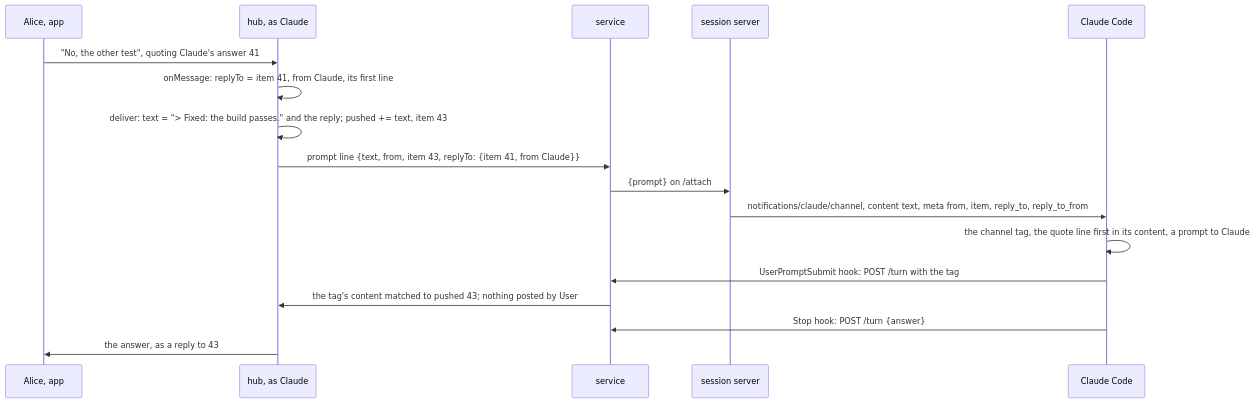
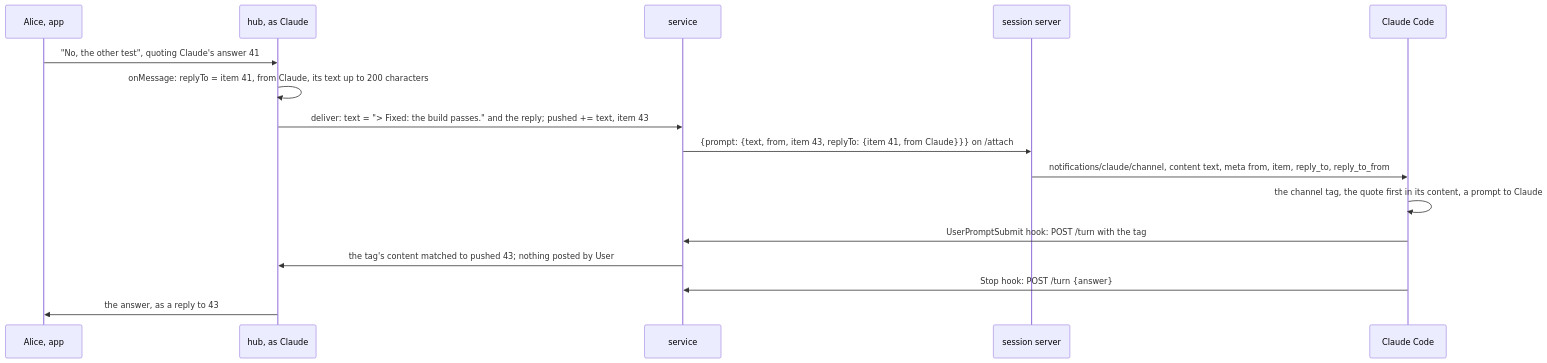
Before and after one commit to simplex-chat/simplex-chat: the first of 2 diagrams in plans/2026-11-12-mcp-replies.md, drawn with Mermaid. The commit also changed other lines of this file, not shown here.

Commit message:
plan: mcp-replies, quote of 200 characters, ellipsis when cut

````diff
--- a/plans/2026-11-12-mcp-replies.md
+++ b/plans/2026-11-12-mcp-replies.md
@@ -103,19 +116,18 @@
 ```mermaid
 sequenceDiagram
   participant A as Alice, app
   participant H as hub, as Claude
   participant D as service
   participant S as session server
   participant C as Claude Code
   A->>H: "No, the other test", quoting Claude's answer 41
-  H->>H: onMessage: replyTo = item 41, from Claude, its first line
-  H->>H: deliver: text = "> Fixed: the build passes." and the reply#59; pushed += text, item 43
-  H->>D: prompt line {text, from, item 43, replyTo: {item 41, from Claude}}
-  D->>S: {prompt} on /attach
+  H->>H: onMessage: replyTo = item 41, from Claude, its text up to 200 characters
+  H->>D: deliver: text = "> Fixed: the build passes." and the reply#59; pushed += text, item 43
+  D->>S: {prompt: {text, from, item 43, replyTo: {item 41, from Claude}}} on /attach
   S->>C: notifications/claude/channel, content text, meta from, item, reply_to, reply_to_from
-  C->>C: the channel tag, the quote line first in its content, a prompt to Claude
+  C->>C: the channel tag, the quote first in its content, a prompt to Claude
   C->>D: UserPromptSubmit hook: POST /turn with the tag
   D->>H: the tag's content matched to pushed 43#59; nothing posted by User
   C->>D: Stop hook: POST /turn {answer}
   H->>A: the answer, as a reply to 43
 ```
````
